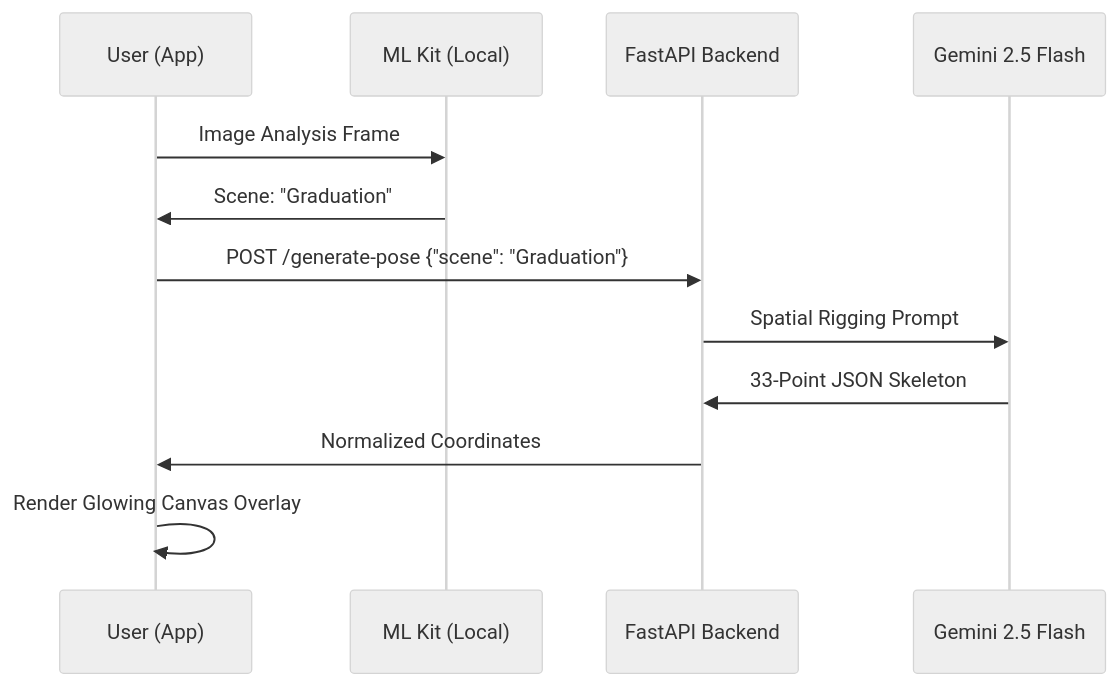
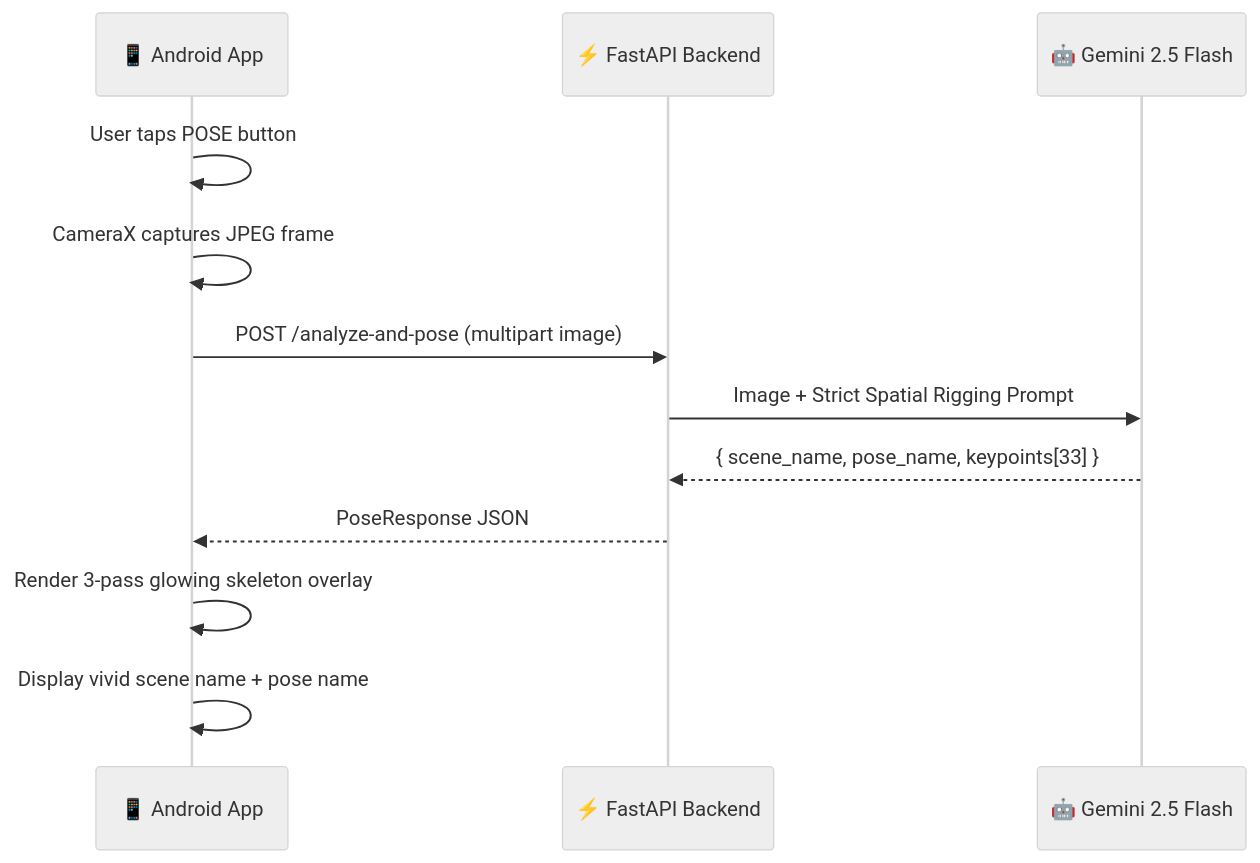
The diagram in README.md (Mithun141404/El-Foto), drawn with Mermaid (neutral theme) before and after one commit. The commit also changed other lines of this file and 12 other files, not shown here.

First line of the commit message:
feat: professional release — Gemini Vision pipeline, glow overlay, MIT license, polished README

````diff
--- a/README.md
+++ b/README.md
@@ -52,15 +84,15 @@
 ```mermaid
 sequenceDiagram
-    participant U as User (App)
-    participant ML as ML Kit (Local)
-    participant API as FastAPI Backend
-    participant LLM as Gemini 2.5 Flash
+    participant U as 📱 Android App
+    participant API as ⚡ FastAPI Backend
+    participant LLM as 🤖 Gemini 2.5 Flash
 
-    U->>ML: Image Analysis Frame
-    ML->>U: Scene: "Graduation"
-    U->>API: POST /generate-pose {"scene": "Graduation"}
-    API->>LLM: Spatial Rigging Prompt
-    LLM->>API: 33-Point JSON Skeleton
-    API->>U: Normalized Coordinates
-    U->>U: Render Glowing Canvas Overlay
+    U->>U: User taps POSE button
+    U->>U: CameraX captures JPEG frame
+    U->>API: POST /analyze-and-pose (multipart image)
+    API->>LLM: Image + Strict Spatial Rigging Prompt
+    LLM-->>API: { scene_name, pose_name, keypoints[33] }
+    API-->>U: PoseResponse JSON
+    U->>U: Render 3-pass glowing skeleton overlay
+    U->>U: Display vivid scene name + pose name
 ```
````
